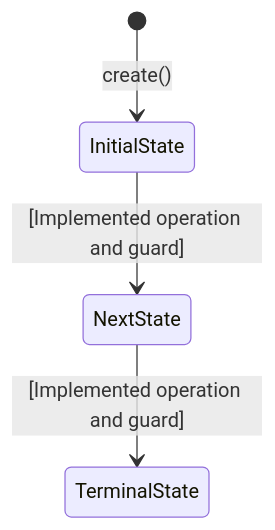
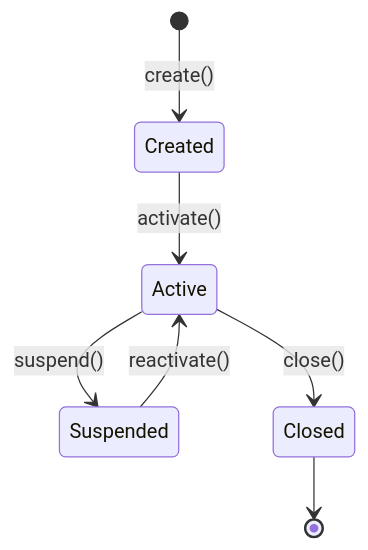
Before and after one commit to khinemyaezin/grab: the third of 3 diagrams in docs/templates/domain-spec-template.md, drawn with Mermaid. The commit also changed other lines of this file and 5 other files, not shown here.

````diff
--- a/docs/templates/domain-spec-template.md
+++ b/docs/templates/domain-spec-template.md
@@ -135,6 +131,9 @@
 ```mermaid
 stateDiagram-v2
-    [*] --> InitialState : create()
-    InitialState --> NextState : [Implemented operation and guard]
-    NextState --> TerminalState : [Implemented operation and guard]
+    [*] --> Created : create()
+    Created --> Active : activate()
+    Active --> Suspended : suspend()
+    Suspended --> Active : reactivate()
+    Active --> Closed : close()
+    Closed --> [*]
 ```
````
